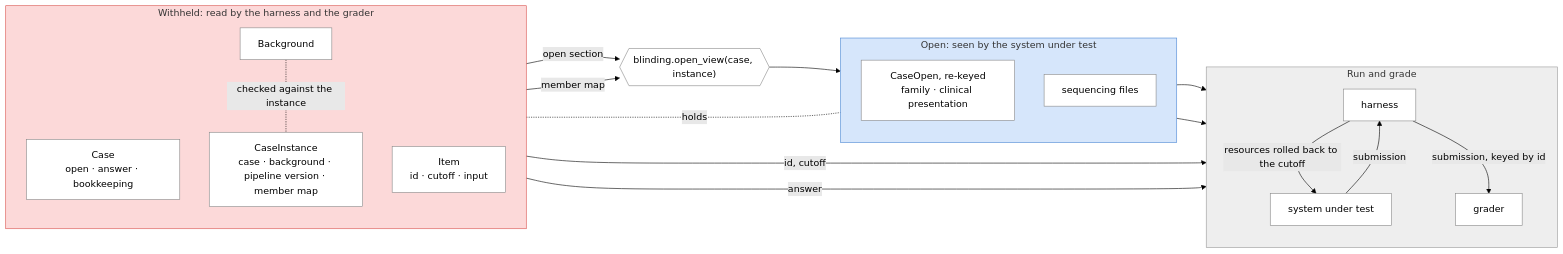
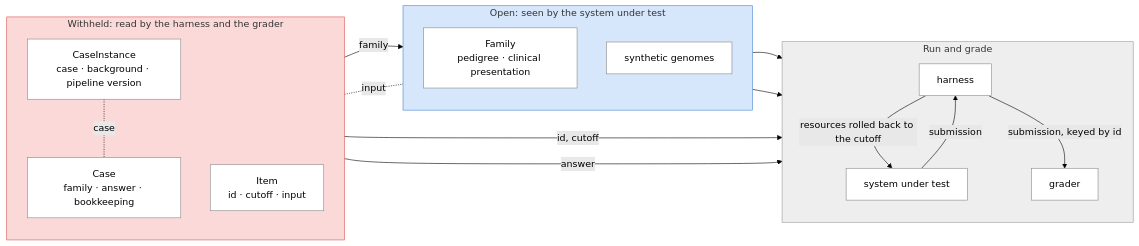
The fourth of 4 diagrams in docs/schema.md (populationgenomics/rare-disease-benchmark), drawn with Mermaid (forest theme) before and after one commit. The commit also changed other lines of this file and 12 other files, not shown here.

First line of the commit message:
schema: release member labels instead of re-keying

````diff
--- a/docs/schema.md
+++ b/docs/schema.md
@@ -297,43 +326,38 @@
 ```mermaid
 flowchart LR
     subgraph W["Withheld: read by the harness and the grader"]
         direction TB
-        CASE["Case<br/>open · answer · bookkeeping"]
-        INST["CaseInstance<br/>case · background · pipeline version · member map"]
-        BG["Background"]
+        CASE["Case<br/>family · answer · bookkeeping"]
+        INST["CaseInstance<br/>case · background · pipeline version"]
         ITEM["Item<br/>id · cutoff · input"]
     end
 
-    OV{{"blinding.open_view(case, instance)"}}
-
     subgraph O["Open: seen by the system under test"]
         direction TB
-        INPUT["CaseOpen, re-keyed<br/>family · clinical presentation"]
-        FILES["sequencing files"]
+        FAM["Family<br/>pedigree · clinical presentation"]
+        FILES["synthetic genomes"]
     end
 
     subgraph G["Run and grade"]
         direction TB
         HARNESS["harness"]
         SUT["system under test"]
         GRADER["grader"]
     end
 
-    CASE -- "open section" --> OV
-    INST -- "member map" --> OV
-    BG -. "checked against the instance" .- INST
-    OV --> INPUT
-    ITEM -. "holds" .- INPUT
+    CASE -- "family" --> FAM
+    INST -. "case" .- CASE
+    ITEM -. "input" .- FAM
     ITEM -- "id, cutoff" --> HARNESS
-    INPUT --> SUT
+    FAM --> SUT
     FILES --> SUT
     HARNESS -- "resources rolled back to the cutoff" --> SUT
     SUT -- "submission" --> HARNESS
     HARNESS -- "submission, keyed by id" --> GRADER
     CASE -- "answer" --> GRADER
 
     classDef default fill:#ffffff,stroke:#888888
     style W fill:#fcd9d9,stroke:#d9534f
     style O fill:#d6e6fb,stroke:#4a86d4
     style G fill:#eeeeee,stroke:#999999
 ```
````
